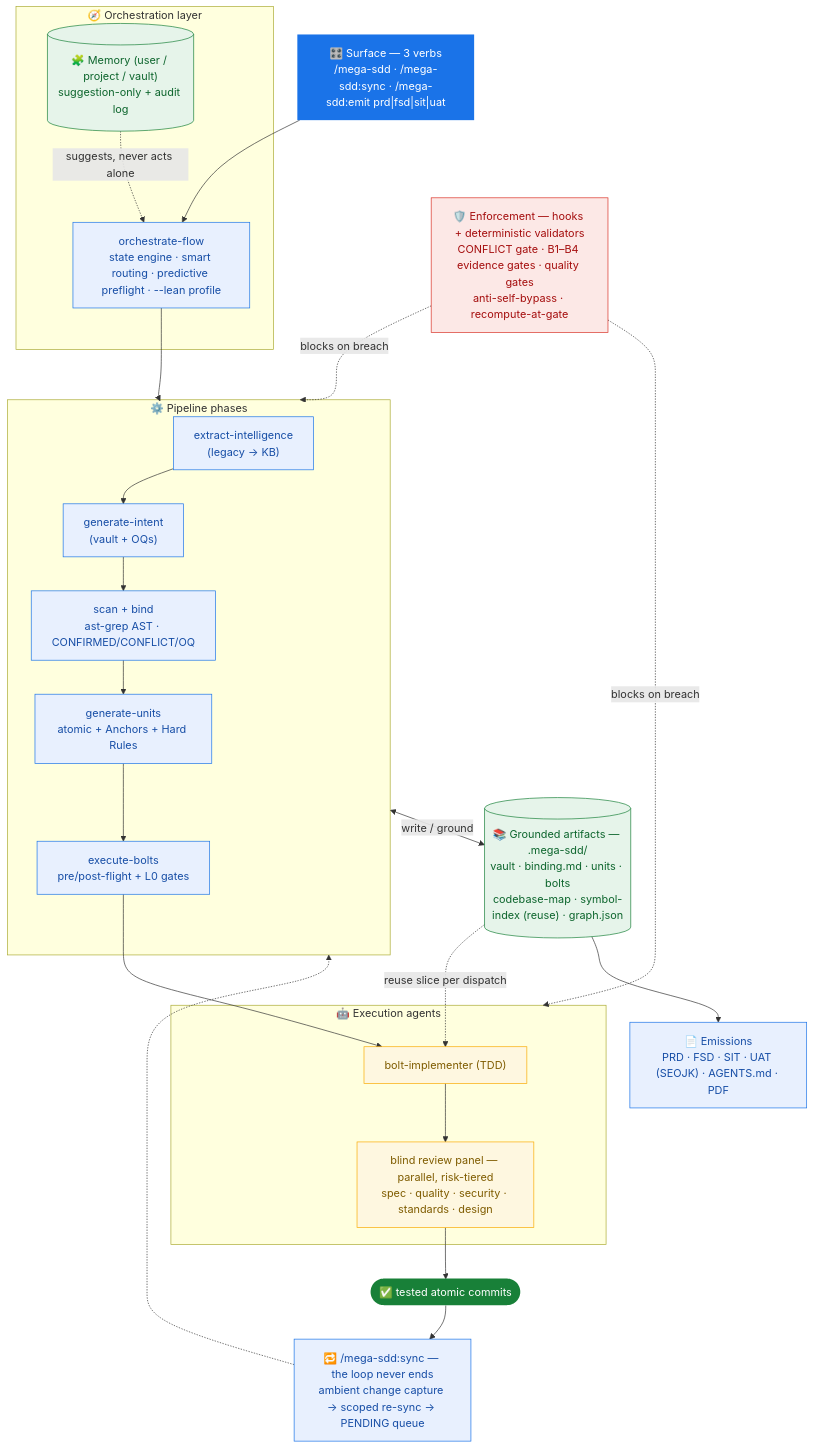
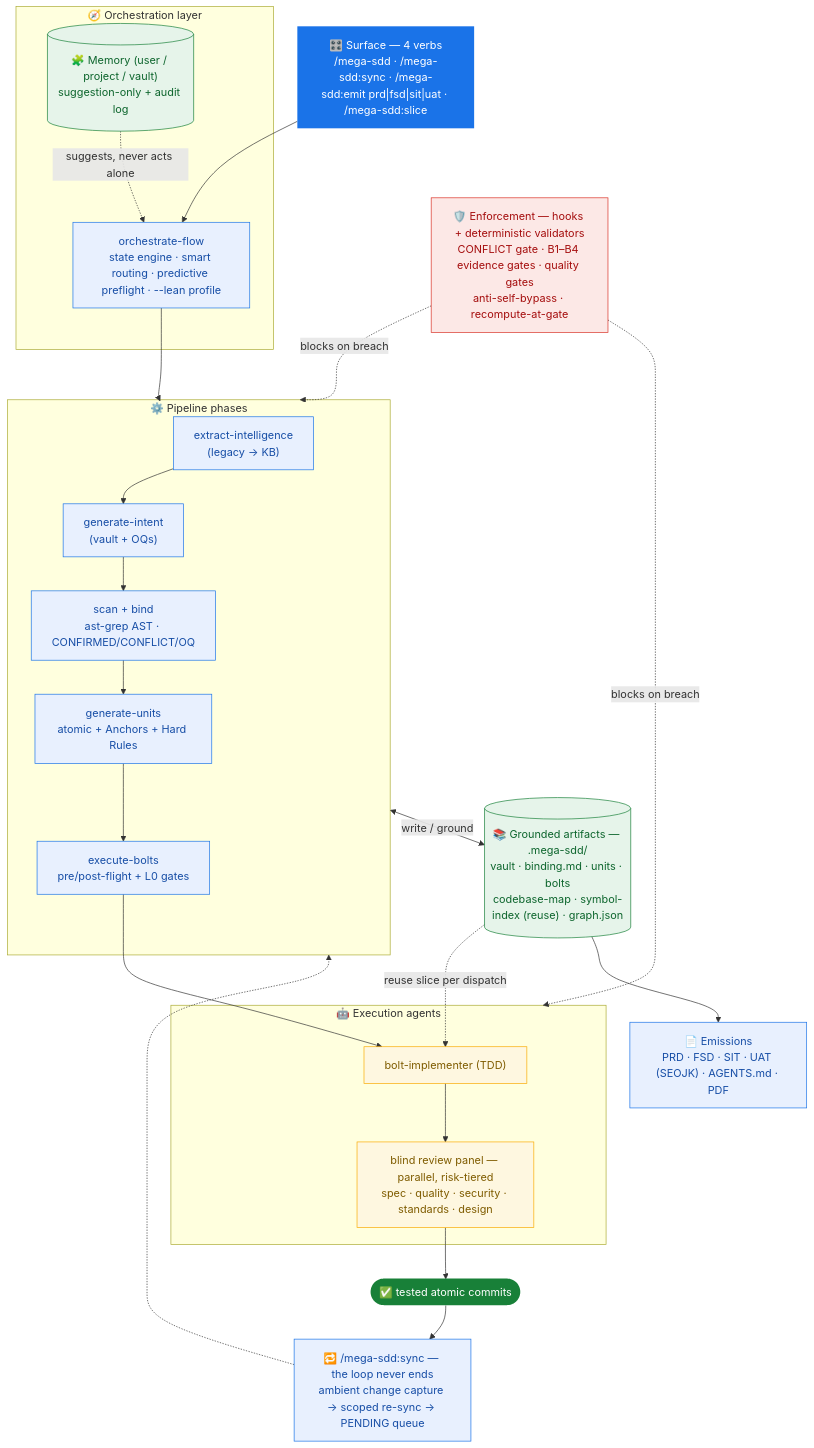
One commit to FarhanRiuzaki/Mega-SDD changed the diagram in README.md. Above: the diagram before and after it, drawn with Mermaid. The commit also changed other lines of this file and 5 other files, not shown here.

First line of the commit message:
feat(surface): /mega-sdd:slice — 4th public verb (deliberate on-record growth, spec 2026-08-12; pins amended same-commit)

````diff
--- a/README.md
+++ b/README.md
@@ -178,43 +178,43 @@
 ```mermaid
 flowchart TB
     classDef surface fill:#1a73e8,color:#fff,stroke:none
     classDef phase fill:#e8f0fe,stroke:#1a73e8,color:#174ea6
     classDef agent fill:#fef7e0,stroke:#f9ab00,color:#7f5c00
     classDef art fill:#e6f4ea,stroke:#188038,color:#0d652d
     classDef moat fill:#fce8e6,stroke:#d93025,color:#a50e0e
     classDef out fill:#188038,color:#fff,stroke:none
 
-    CMD["🎛️ Surface — 3 verbs<br/>/mega-sdd · /mega-sdd:sync · /mega-sdd:emit prd|fsd|sit|uat"]:::surface
+    CMD["🎛️ Surface — 4 verbs<br/>/mega-sdd · /mega-sdd:sync · /mega-sdd:emit prd|fsd|sit|uat · /mega-sdd:slice"]:::surface
 
     subgraph ORCH["🧭 Orchestration layer"]
         OF["orchestrate-flow<br/>state engine · smart routing · predictive preflight · --lean profile"]:::phase
         MEM[("🧩 Memory (user / project / vault)<br/>suggestion-only + audit log")]:::art
     end
 
     subgraph PIPE["⚙️ Pipeline phases"]
         EXTRACT["extract-intelligence<br/>(legacy → KB)"]:::phase --> INTENT["generate-intent<br/>(vault + OQs)"]:::phase
         INTENT --> GROUND["scan + bind<br/>ast-grep AST · CONFIRMED/CONFLICT/OQ"]:::phase
         GROUND --> UNITS["generate-units<br/>atomic + Anchors + Hard Rules"]:::phase --> BOLTS["execute-bolts<br/>pre/post-flight + L0 gates"]:::phase
     end
 
     subgraph EXEC["🤖 Execution agents"]
         IMPL["bolt-implementer (TDD)"]:::agent --> PANEL["blind review panel — parallel, risk-tiered<br/>spec · quality · security · standards · design"]:::agent
     end
 
     ART[("📚 Grounded artifacts — .mega-sdd/<br/>vault · binding.md · units · bolts<br/>codebase-map · symbol-index (reuse) · graph.json")]:::art
     MOAT["🛡️ Enforcement — hooks + deterministic validators<br/>CONFLICT gate · B1–B4 evidence gates · quality gates<br/>anti-self-bypass · recompute-at-gate"]:::moat
     DOCS["📄 Emissions<br/>PRD · FSD · SIT · UAT (SEOJK) · AGENTS.md · PDF"]:::phase
     OUT(["✅ tested atomic commits"]):::out
     SYNC["🔁 /mega-sdd:sync — the loop never ends<br/>ambient change capture → scoped re-sync → PENDING queue"]:::phase
 
     CMD --> OF --> PIPE
     MEM -.suggests, never acts alone.-> OF
     BOLTS --> IMPL
     PANEL --> OUT
     PIPE <-->|write / ground| ART
     ART -.reuse slice per dispatch.-> IMPL
     MOAT -.blocks on breach.-> PIPE
     MOAT -.blocks on breach.-> EXEC
     ART --> DOCS
     OUT --> SYNC -.-> PIPE
 ```
````
